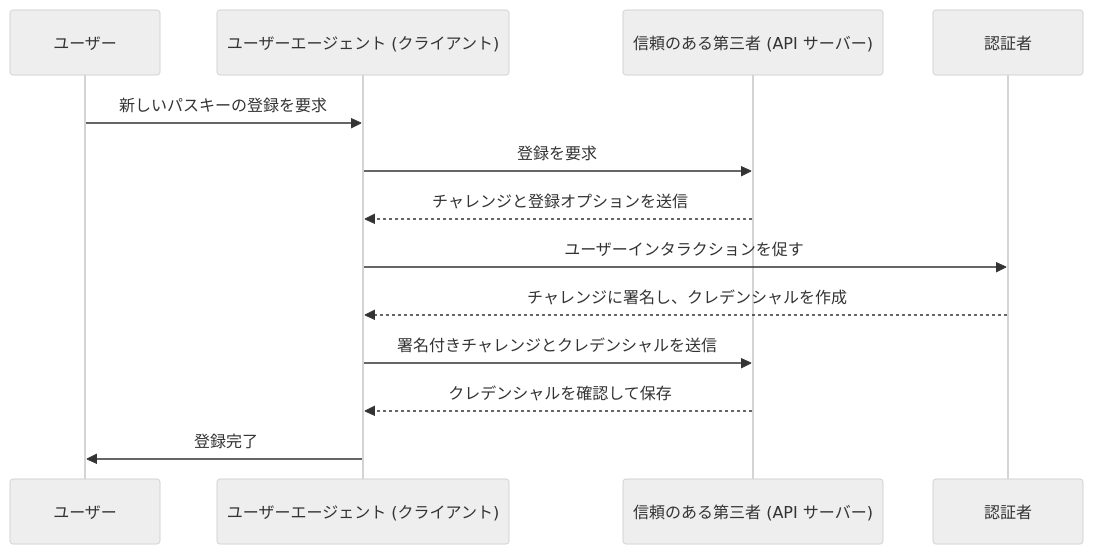
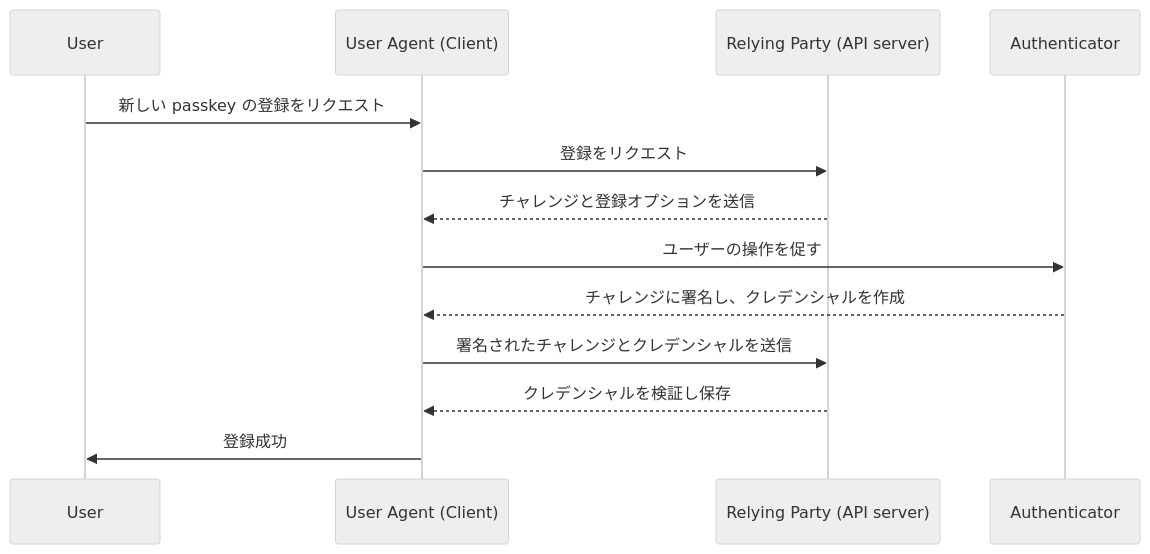
The first of 2 diagrams in src/content/terms/ja/webauthn.mdx (logto-io/auth-wiki), drawn with Mermaid (neutral theme) before and after one commit. The commit also changed other lines of this file and 98 other files, not shown here.

````diff
--- a/src/content/terms/ja/webauthn.mdx
+++ b/src/content/terms/ja/webauthn.mdx
@@ -39,16 +47,16 @@
 ```mermaid
 sequenceDiagram
-	participant ユーザー
-	participant ユーザーエージェント (クライアント)
-	participant 信頼のある第三者 (API サーバー)
-	participant 認証者
+	participant User
+	participant User Agent (Client)
+	participant Relying Party (API server) 
+	participant Authenticator
 
-	ユーザー ->> ユーザーエージェント (クライアント): 新しいパスキーの登録を要求
-	ユーザーエージェント (クライアント) ->> 信頼のある第三者 (API サーバー): 登録を要求
-	信頼のある第三者 (API サーバー) -->> ユーザーエージェント (クライアント): チャレンジと登録オプションを送信
-	ユーザーエージェント (クライアント) ->> 認証者: ユーザーインタラクションを促す
-	認証者 -->> ユーザーエージェント (クライアント): チャレンジに署名し、クレデンシャルを作成
-	ユーザーエージェント (クライアント) ->> 信頼のある第三者 (API サーバー): 署名付きチャレンジとクレデンシャルを送信
-	信頼のある第三者 (API サーバー) -->> ユーザーエージェント (クライアント): クレデンシャルを確認して保存
-	ユーザーエージェント (クライアント) ->> ユーザー: 登録完了
+	User ->> User Agent (Client): 新しい passkey の登録をリクエスト
+	User Agent (Client) ->> Relying Party (API server): 登録をリクエスト
+	Relying Party (API server) -->> User Agent (Client): チャレンジと登録オプションを送信
+	User Agent (Client) ->> Authenticator: ユーザーの操作を促す
+	Authenticator -->> User Agent (Client): チャレンジに署名し、クレデンシャルを作成
+	User Agent (Client) ->> Relying Party (API server): 署名されたチャレンジとクレデンシャルを送信
+	Relying Party (API server) -->> User Agent (Client): クレデンシャルを検証し保存
+	User Agent (Client) ->> User: 登録成功
 ```
````
